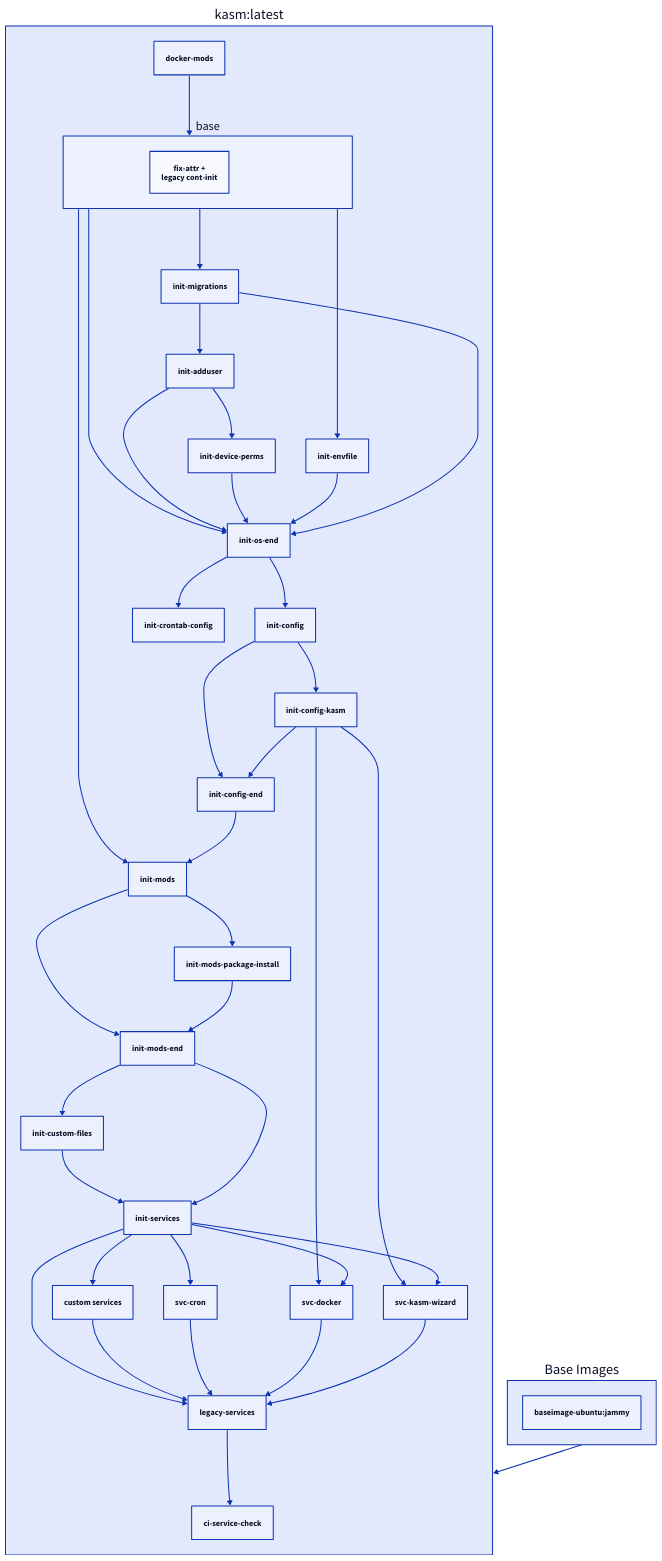
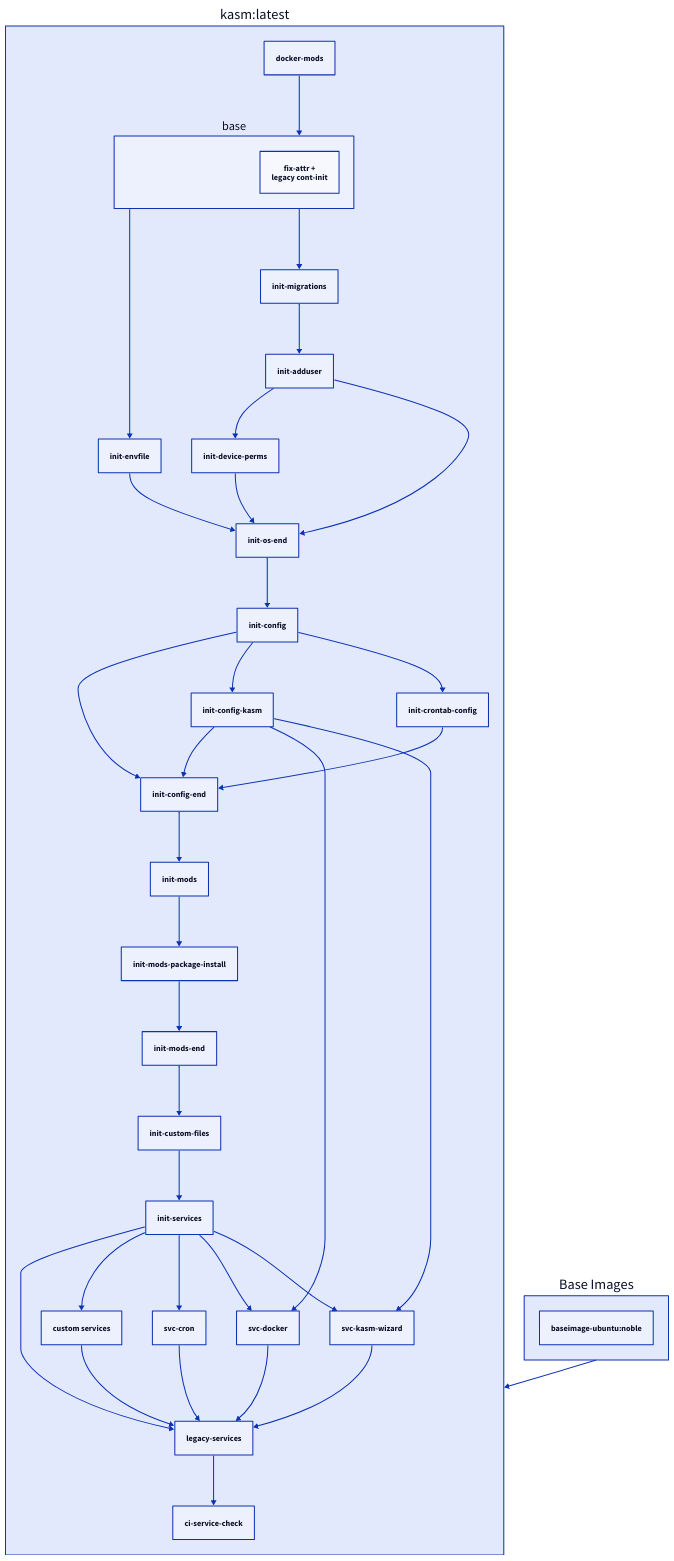
Before and after one commit to pagdot/docker-documentation: the diagram in docs/images/docker-kasm.md, drawn with D2. The commit also changed other lines of this file, not shown here.

Commit message:
Bot Updating Documentation

````diff
--- a/docs/images/docker-kasm.md
+++ b/docs/images/docker-kasm.md
@@ -332,49 +332,45 @@
     ```d2
     "kasm:latest": {
       docker-mods
       base {
         fix-attr +\nlegacy cont-init
       }
       docker-mods -> base
       legacy-services
       custom services
       init-services -> legacy-services
       init-services -> custom services
       custom services -> legacy-services
       legacy-services -> ci-service-check
       init-migrations -> init-adduser
       init-os-end -> init-config
       init-config -> init-config-end
       init-config-kasm -> init-config-end
+      init-crontab-config -> init-config-end
       init-config -> init-config-kasm
-      init-os-end -> init-crontab-config
+      init-config -> init-crontab-config
       init-mods-end -> init-custom-files
       init-adduser -> init-device-perms
       base -> init-envfile
       base -> init-migrations
-      base -> init-mods
       init-config-end -> init-mods
-      init-mods -> init-mods-end
       init-mods-package-install -> init-mods-end
       init-mods -> init-mods-package-install
-      base -> init-os-end
       init-adduser -> init-os-end
       init-device-perms -> init-os-end
       init-envfile -> init-os-end
-      init-migrations -> init-os-end
       init-custom-files -> init-services
-      init-mods-end -> init-services
       init-services -> svc-cron
       svc-cron -> legacy-services
       init-config-kasm -> svc-docker
       init-services -> svc-docker
       svc-docker -> legacy-services
       init-config-kasm -> svc-kasm-wizard
       init-services -> svc-kasm-wizard
       svc-kasm-wizard -> legacy-services
     }
     Base Images: {
-      "baseimage-ubuntu:jammy"
+      "baseimage-ubuntu:noble"
     }
     "kasm:latest" <- Base Images
     ```
````
